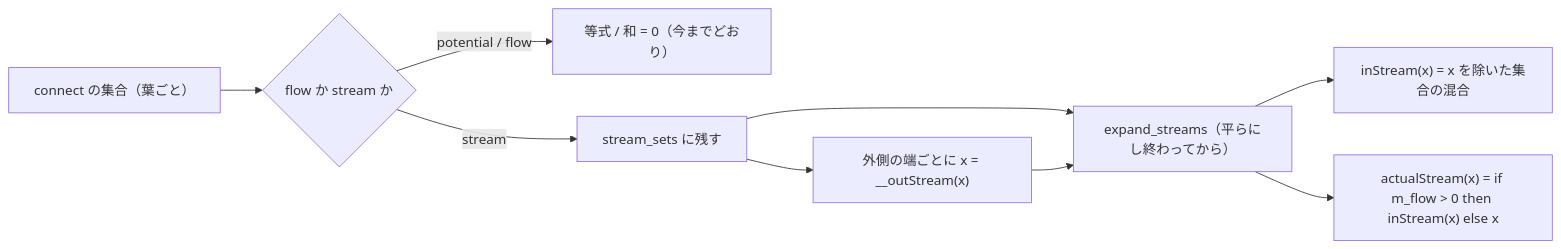
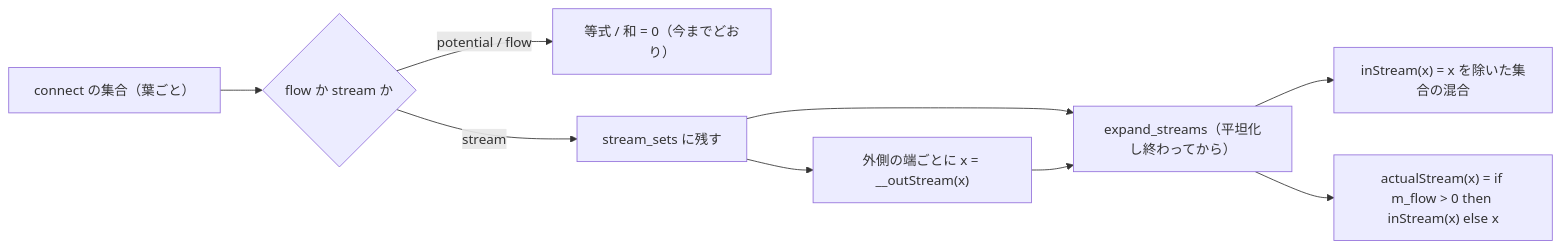
One commit to asari300/20261018_GlobeMode changed the diagram in doc/sessions/S355-flat-stream/解説書.md. Above: the diagram before and after it, drawn with Mermaid. The commit also changed other lines of this file and 116 other files, not shown here.

````diff
--- a/doc/sessions/S355-flat-stream/解説書.md
+++ b/doc/sessions/S355-flat-stream/解説書.md
@@ -38,11 +38,11 @@
 ```mermaid
 flowchart LR
   C["connect の集合（葉ごと）"] --> P{"flow か stream か"}
   P -->|potential / flow| E["等式 / 和 = 0（今までどおり）"]
   P -->|stream| S["stream_sets に残す"]
   S --> O["外側の端ごとに x = __outStream(x)"]
-  S --> X["expand_streams（平らにし終わってから）"]
+  S --> X["expand_streams（平坦化し終わってから）"]
   O --> X
   X --> I["inStream(x) = x を除いた集合の混合"]
   X --> A["actualStream(x) = if m_flow > 0 then inStream(x) else x"]
 ```
````
